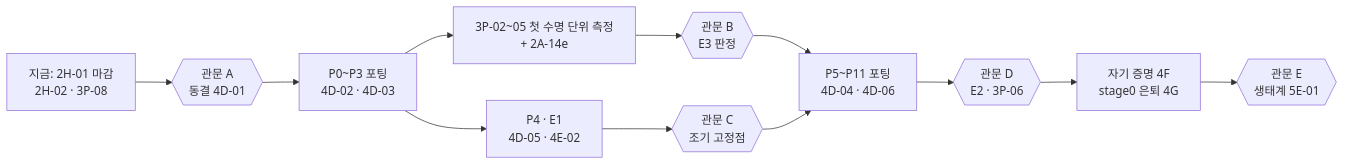
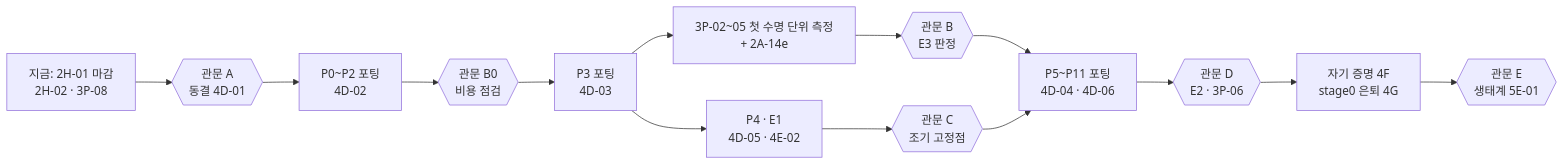
One commit to lang-bmb/lang-bmb changed the third of 4 diagrams in docs/ROADMAP.md. Above: the diagram before and after it, drawn with Mermaid. The commit also changed other lines of this file and 7 other files, not shown here.

````diff
--- a/docs/ROADMAP.md
+++ b/docs/ROADMAP.md
@@ -89,11 +89,11 @@
 ```mermaid
 flowchart LR
     N["지금: 2H-01 마감<br/>2H-02 · 3P-08"] --> A{{"관문 A<br/>동결 4D-01"}}
-    A --> P03["P0~P3 포팅<br/>4D-02 · 4D-03"]
+    A --> P02["P0~P2 포팅<br/>4D-02"] --> B0{{"관문 B0<br/>비용 점검"}} --> P03["P3 포팅<br/>4D-03"]
     P03 --> M["3P-02~05 첫 수명 단위 측정<br/>+ 2A-14e"] --> B{{"관문 B<br/>E3 판정"}}
     P03 --> P4["P4 · E1<br/>4D-05 · 4E-02"] --> C{{"관문 C<br/>조기 고정점"}}
     B --> P511["P5~P11 포팅<br/>4D-04 · 4D-06"]
     C --> P511
     P511 --> D{{"관문 D<br/>E2 · 3P-06"}}
     D --> SP["자기 증명 4F<br/>stage0 은퇴 4G"] --> E{{"관문 E<br/>생태계 5E-01"}}
 ```
````
